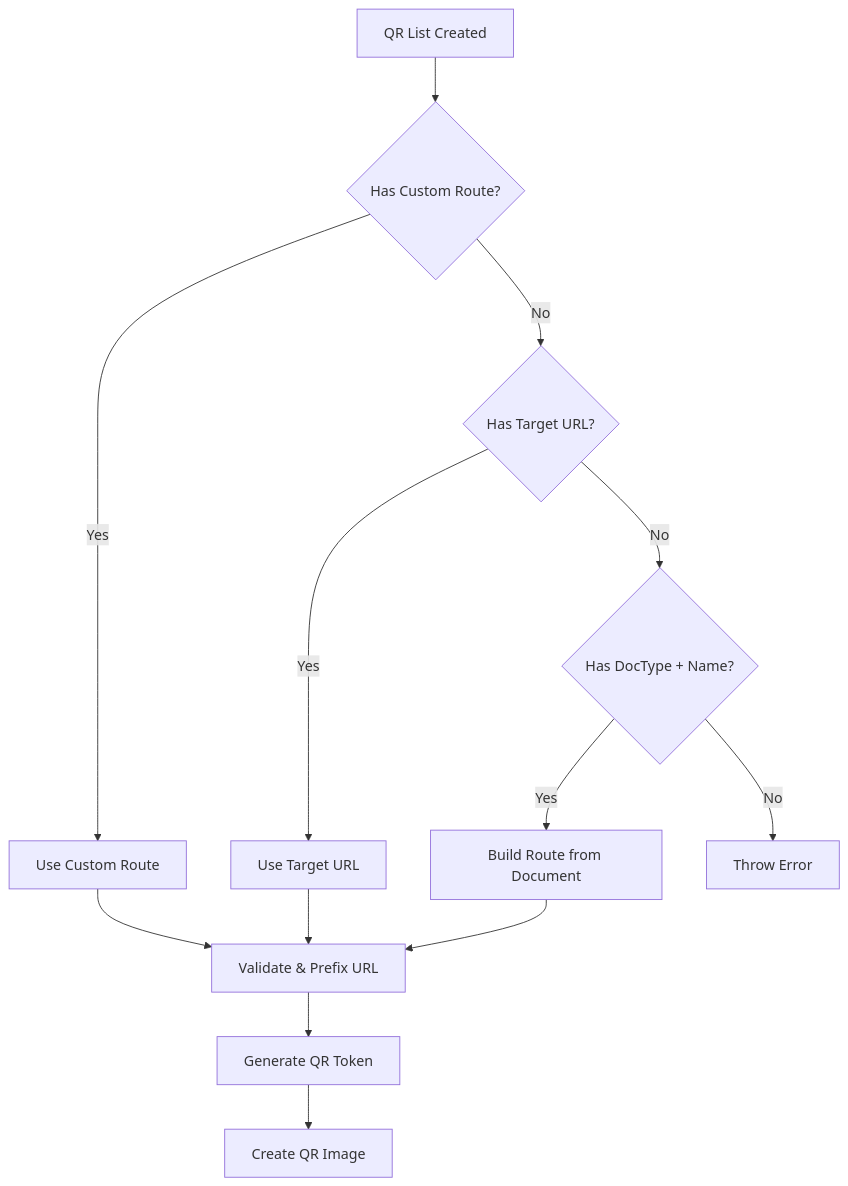
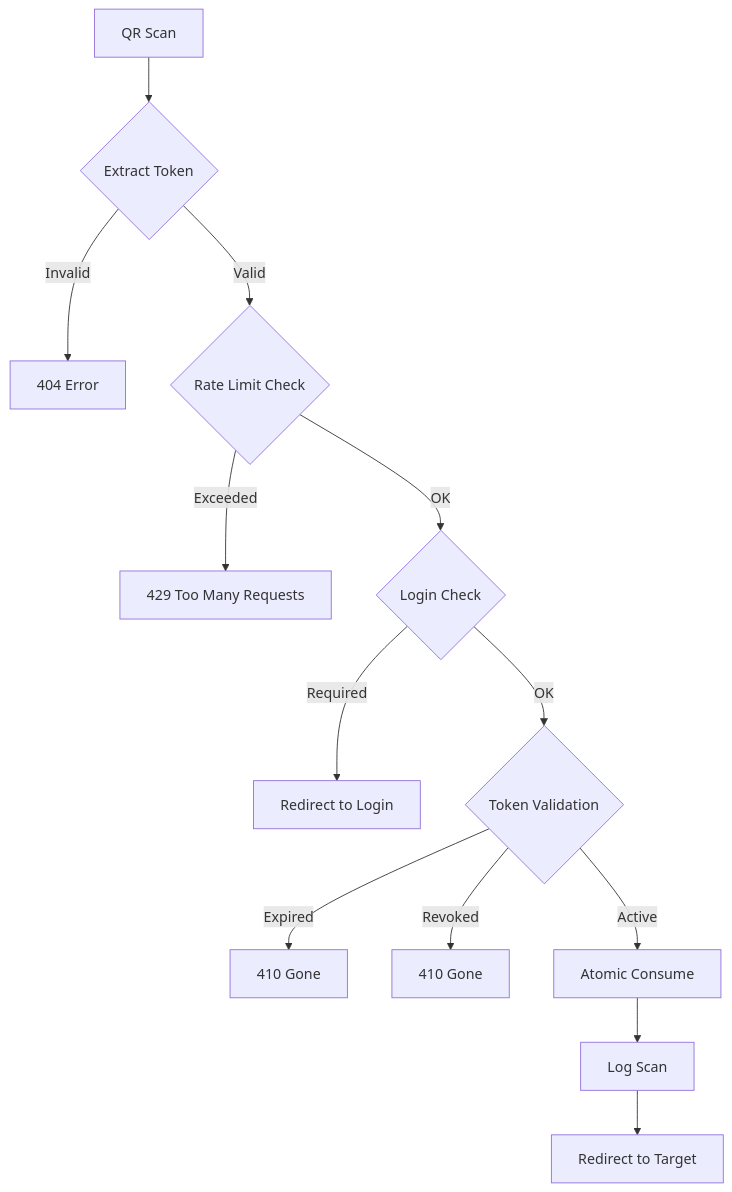
Before and after one commit to BBbrighton/qr_foundry: the diagram in DOCUMENTATION.md, drawn with Mermaid. The commit also changed other lines of this file and 33 other files, not shown here.

First line of the commit message:
feat: QR Foundry v2.0 - Major architecture upgrade with RBAC

````diff
--- a/DOCUMENTATION.md
+++ b/DOCUMENTATION.md
@@ -48,15 +436,15 @@
 ```mermaid
 graph TD
-    A[QR List Created] --> B{Has Custom Route?}
-    B -->|Yes| C[Use Custom Route]
-    B -->|No| D{Has Target URL?}
-    D -->|Yes| E[Use Target URL]
-    D -->|No| F{Has DocType + Name?}
-    F -->|Yes| G[Build Route from Document]
-    F -->|No| H[Throw Error]
-    C --> I[Validate & Prefix URL]
-    E --> I
-    G --> I
-    I --> J[Generate QR Token]
-    J --> K[Create QR Image]
+    A[QR Scan] --> B{Extract Token}
+    B -->|Invalid| C[404 Error]
+    B -->|Valid| D{Rate Limit Check}
+    D -->|Exceeded| E[429 Too Many Requests]
+    D -->|OK| F{Login Check}
+    F -->|Required| G[Redirect to Login]
+    F -->|OK| H{Token Validation}
+    H -->|Expired| I[410 Gone]
+    H -->|Revoked| J[410 Gone]
+    H -->|Active| K[Atomic Consume]
+    K --> L[Log Scan]
+    L --> M[Redirect to Target]
 ```
````
